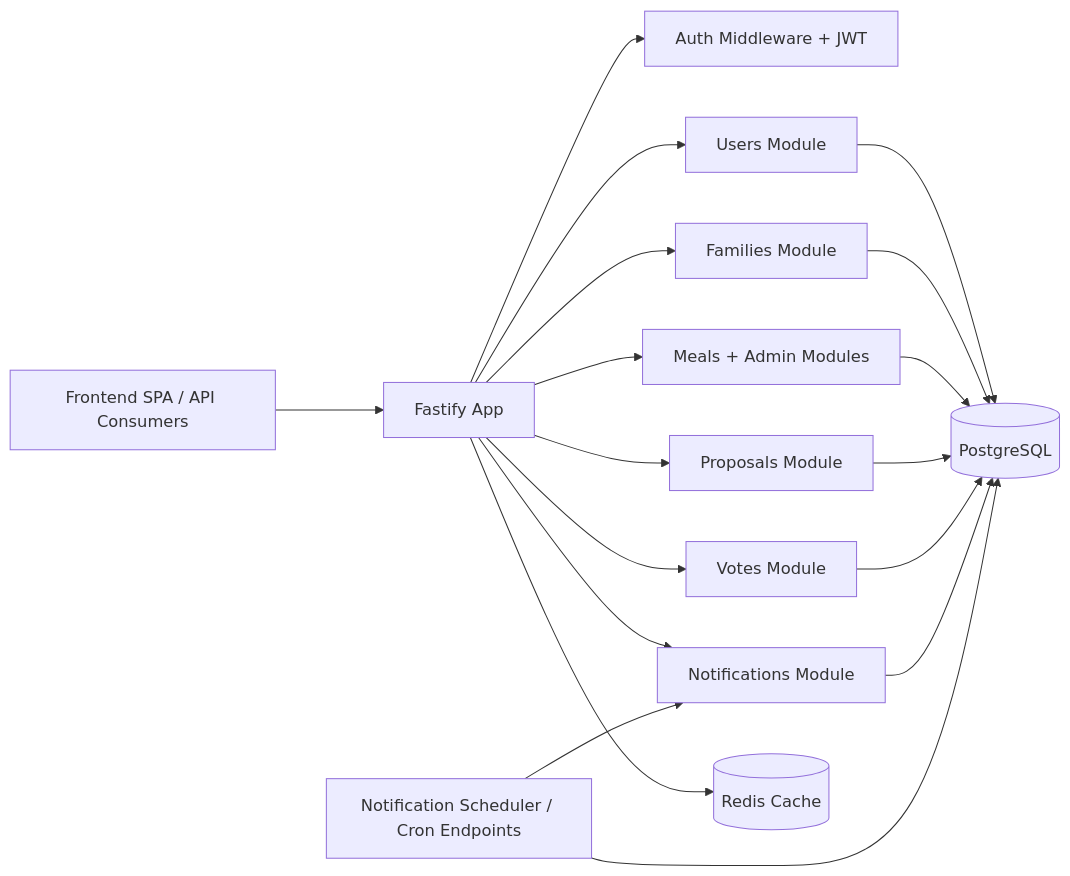
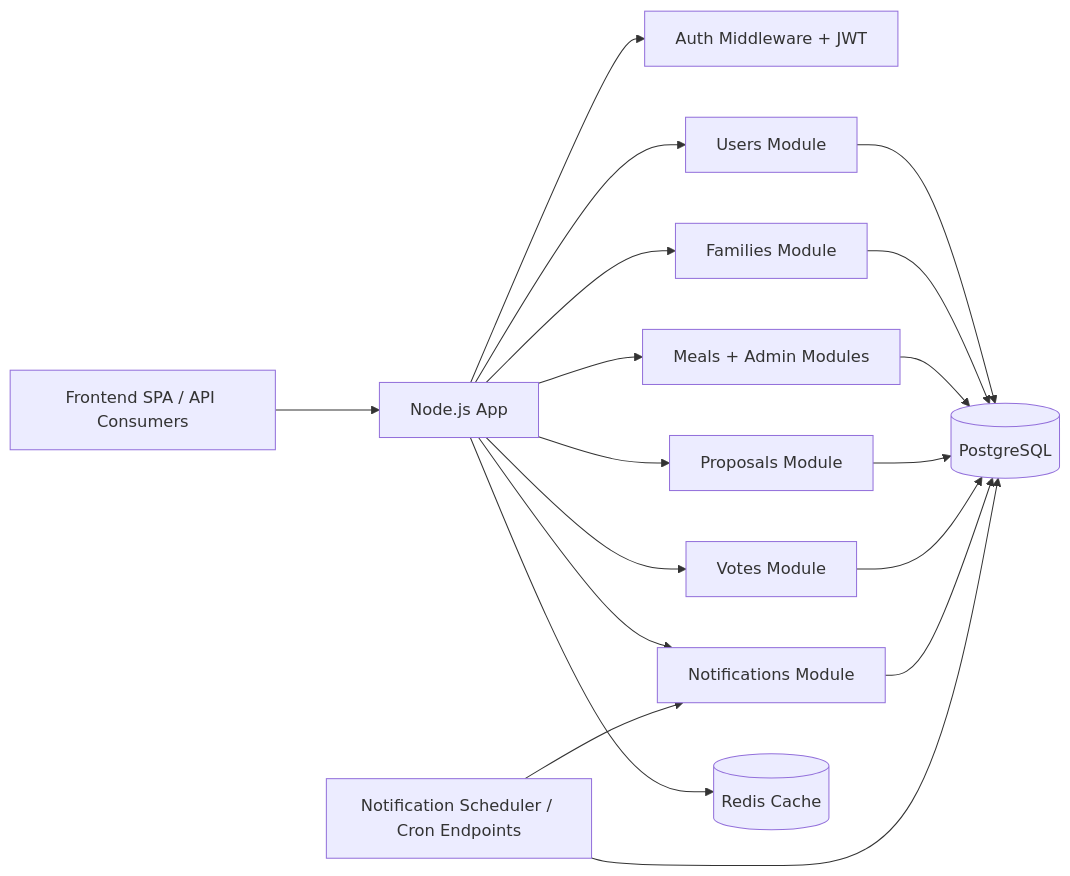
The fourth of 6 diagrams in README.md (nldq092203/FamMeal), drawn with Mermaid before and after one commit. The commit also changed other lines of this file and 1 other file, not shown here.

````diff
--- a/README.md
+++ b/README.md
@@ -210,22 +210,22 @@
 ```mermaid
 flowchart LR
-    Client[Frontend SPA / API Consumers] --> API[Fastify App]
+    Client[Frontend SPA / API Consumers] --> API[Node.js App]
     API --> Auth[Auth Middleware + JWT]
     API --> Users[Users Module]
     API --> Families[Families Module]
     API --> Meals[Meals + Admin Modules]
     API --> Proposals[Proposals Module]
     API --> Votes[Votes Module]
     API --> Notifs[Notifications Module]
 
     Users --> DB[(PostgreSQL)]
     Families --> DB
     Meals --> DB
     Proposals --> DB
     Votes --> DB
     Notifs --> DB
 
     API --> Cache[(Redis Cache)]
     Scheduler[Notification Scheduler / Cron Endpoints] --> Notifs
     Scheduler --> DB
 ```
````
